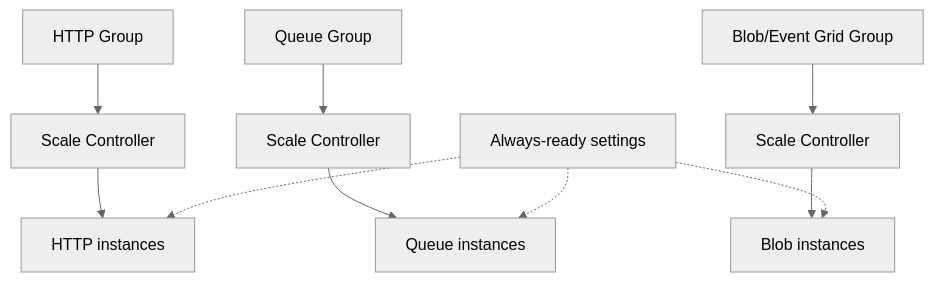
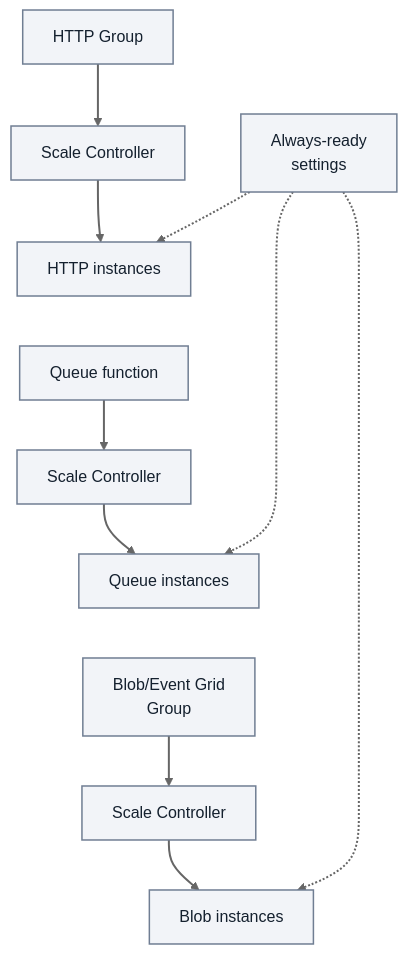
Before and after one commit to yeongseon/azure-functions-practical-guide: the second of 4 diagrams in docs/platform/scaling.md, drawn with Mermaid (neutral theme). The commit also changed other lines of this file and 3 other files, not shown here.

First line of the commit message:
docs(diagrams): migrate Functions scaling and cold start — scaling and cold start and related pages (#428)

````diff
--- a/docs/platform/scaling.md
+++ b/docs/platform/scaling.md
@@ -177,12 +179,20 @@
 ```mermaid
 flowchart TD
-    H[HTTP Group] --> SCH[Scale Controller]
-    Q[Queue Group] --> SCQ[Scale Controller]
-    B["Blob/Event Grid Group"] --> SCB[Scale Controller]
-    SCH --> IH[HTTP instances]
-    SCQ --> IQ[Queue instances]
-    SCB --> IB[Blob instances]
-    AR[Always-ready settings] -.-> IH
+    accTitle: Flex workload scaling and always-ready capacity
+    accDescr: Selected Flex workloads, not an exhaustive group list. HTTP and Blob Event Grid functions scale in their respective groups; a queue function scales individually. Three controller boxes represent logical scaling decisions, not three separate controller services. Always-ready settings apply to the corresponding workload instances. Solid arrows relate workload demand and capacity; dotted arrows relate configuration.
+    H["HTTP Group"] --> SCH["Scale Controller"]
+    Q["Queue function"] --> SCQ["Scale Controller"]
+    B["Blob/Event Grid<br/>Group"] --> SCB["Scale Controller"]
+    SCH --> IH["HTTP instances"]
+    SCQ --> IQ["Queue instances"]
+    SCB --> IB["Blob instances"]
+    AR["Always-ready<br/>settings"] -.-> IH
     AR -.-> IQ
     AR -.-> IB
+    %% Layout-only links tier workload examples; they add no scaling steps or semantic arrows.
+    IH ~~~ Q
+    IQ ~~~ B
+    classDef baseNeutral fill:#f2f4f8,stroke:#707e93,stroke-width:1.5px,color:#14202e;
+    class H,Q,B,SCH,SCQ,SCB,IH,IQ,IB,AR baseNeutral;
+    linkStyle default stroke-width:2px;
 ```
````
